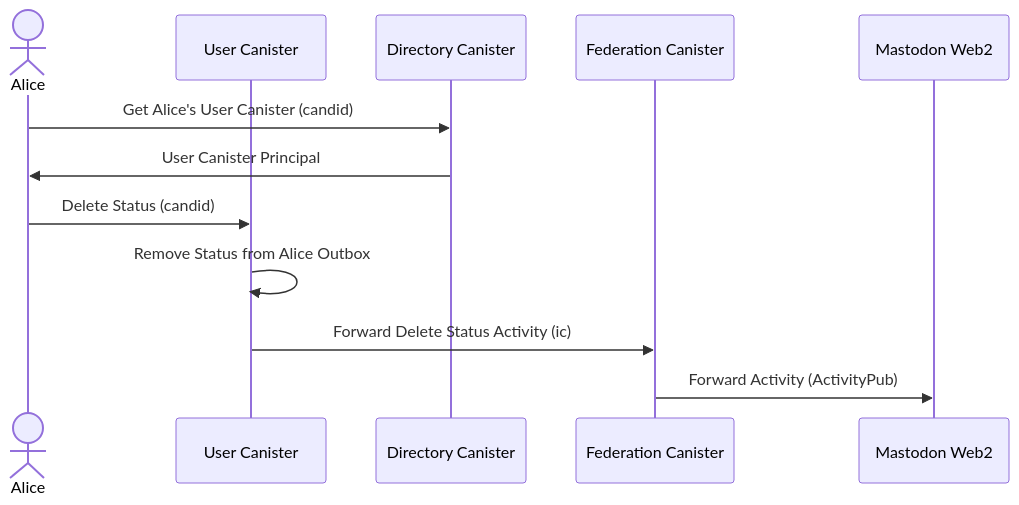
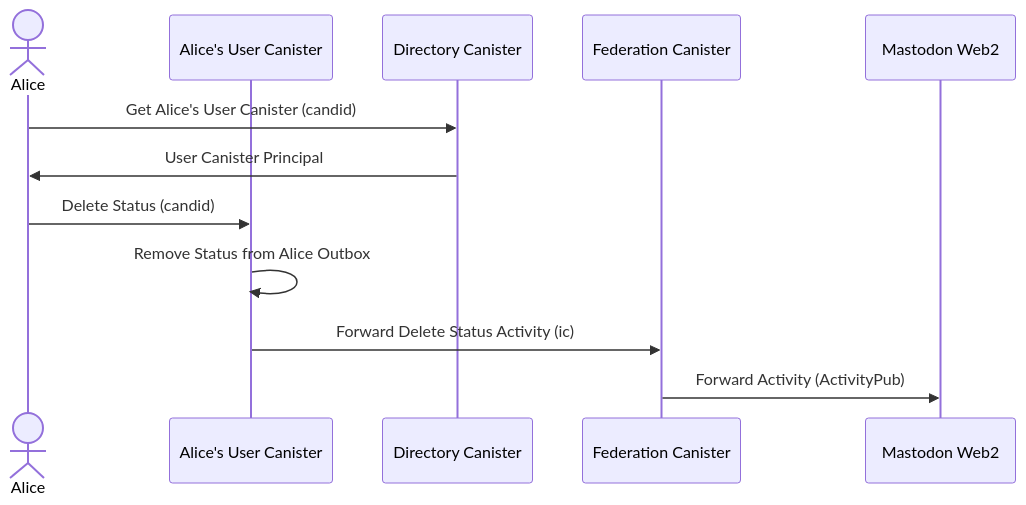
The ninth of 11 diagrams in docs/architecture/README.md (veeso/mastic), drawn with Mermaid before and after one commit. The commit also changed other lines of this file, not shown here.

Commit message:
docs: Spec User Caniste

````diff
--- a/docs/architecture/README.md
+++ b/docs/architecture/README.md
@@ -193,15 +193,15 @@
 ```mermaid
 sequenceDiagram
     actor A as Alice
-    participant UC as User Canister
+    participant UC as Alice's User Canister
     participant DIR as Directory Canister
     participant FED as Federation Canister
     participant M as Mastodon Web2
 
     A->>DIR: Get Alice's User Canister (candid)
     DIR->>A: User Canister Principal
     A->>UC: Delete Status (candid)
     UC->>UC: Remove Status from Alice Outbox
     UC->>FED: Forward Delete Status Activity (ic)
     FED->>M: Forward Activity (ActivityPub)
 ```
````
